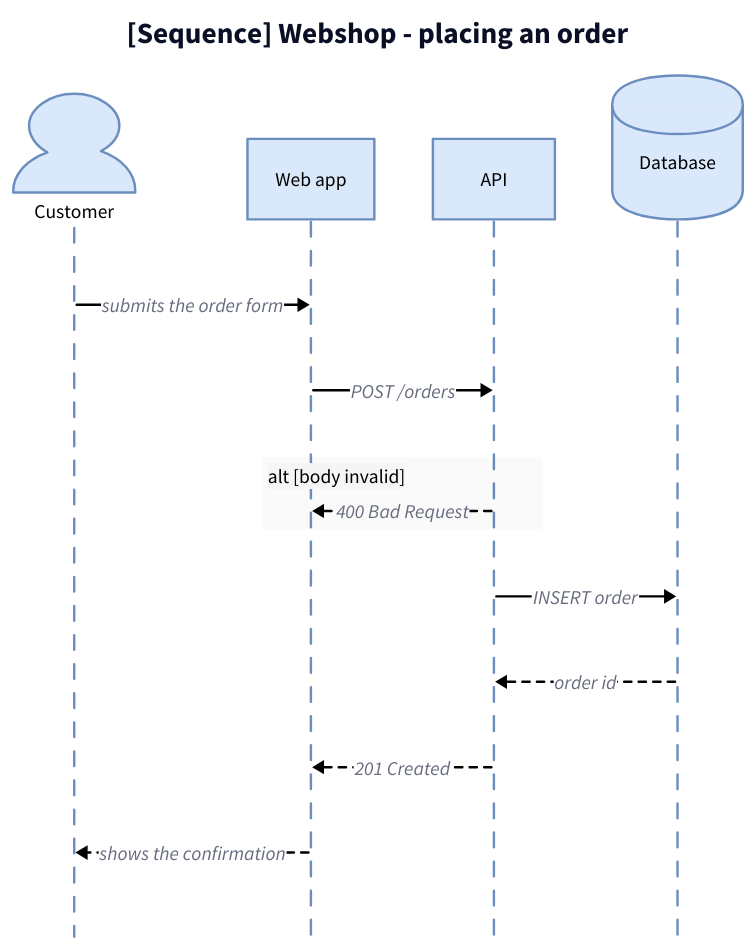
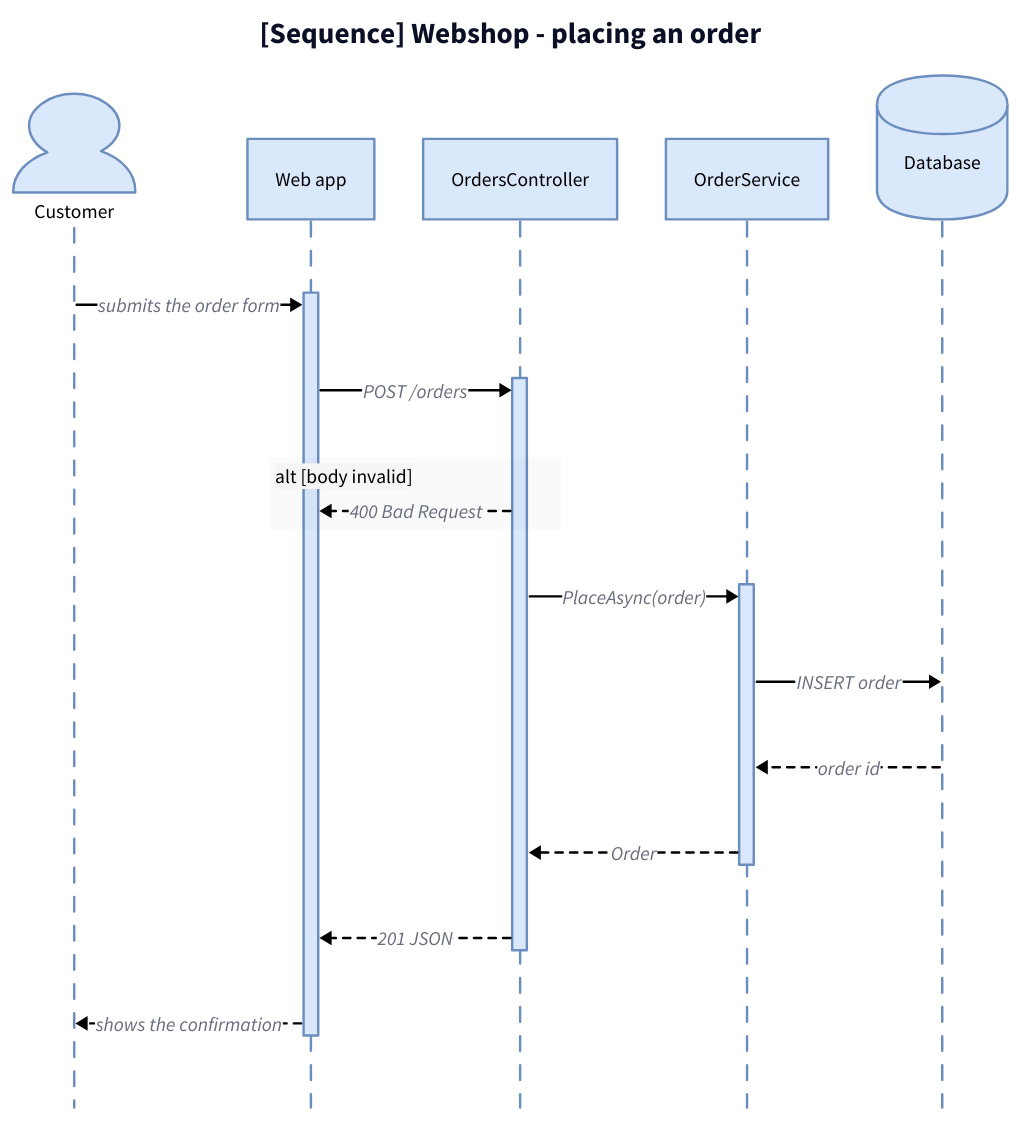
One commit to ATkingma/KingmaDoc changed the first of 11 diagrams in skill/explaining-code/reference/models.md. Above: the diagram before and after it, drawn with D2. The commit also changed other lines of this file and 11 other files, not shown here.

First line of the commit message:
feat(explain): activation bars and checkable calls in sequence diagrams

````diff
--- a/skill/explaining-code/reference/models.md
+++ b/skill/explaining-code/reference/models.md
@@ -76,23 +97,29 @@
 ```d2
 title: "[Sequence] Webshop - placing an order" {shape: text; near: top-center; style: {font-size: 24; bold: true}}
 classes: {
   actor: {style: {fill: "#dae8fc"; stroke: "#6c8ebf"; font-color: "#000000"}}
   call: {style: {stroke: "#000000"}}; reply: {style: {stroke: "#000000"; stroke-dash: 3}}
   group: {style: {fill: "#f5f5f5"; stroke: "#666666"; font-color: "#000000"}}
 }
 shape: sequence_diagram
 customer: Customer {shape: person; class: actor}
 web: Web app {class: actor}
-api: API {class: actor}
+api: OrdersController {class: actor}
+svc: OrderService {class: actor}
 db: Database {shape: cylinder; class: actor}
-customer -> web: submits the order form {class: call}
-web -> api: POST /orders {class: call}
+web.main: {class: actor}
+api.c1: {class: actor}
+svc.c1: {class: actor}
+customer -> web.main: submits the order form {class: call}
+web.main -> api.c1: POST /orders {class: call}
 invalid: "alt [body invalid]" {
   class: group
-  api -> web: 400 Bad Request {class: reply}
+  api.c1 -> web.main: 400 Bad Request {class: reply}
 }
-api -> db: INSERT order {class: call}
-db -> api: order id {class: reply}
-api -> web: 201 Created {class: reply}
-web -> customer: shows the confirmation {class: reply}
+api.c1 -> svc.c1: "PlaceAsync(order)" {class: call}
+svc.c1 -> db: INSERT order {class: call}
+db -> svc.c1: order id {class: reply}
+svc.c1 -> api.c1: Order {class: reply}
+api.c1 -> web.main: 201 JSON {class: reply}
+web.main -> customer: shows the confirmation {class: reply}
 ```
````
